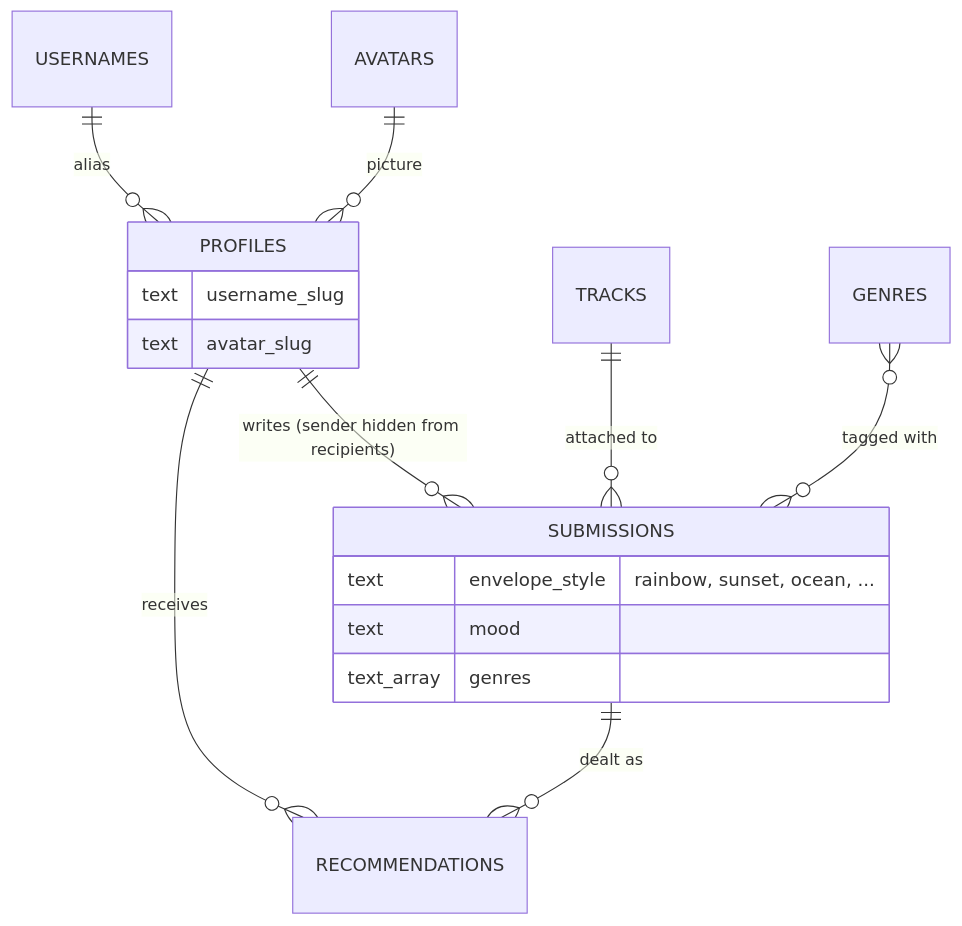
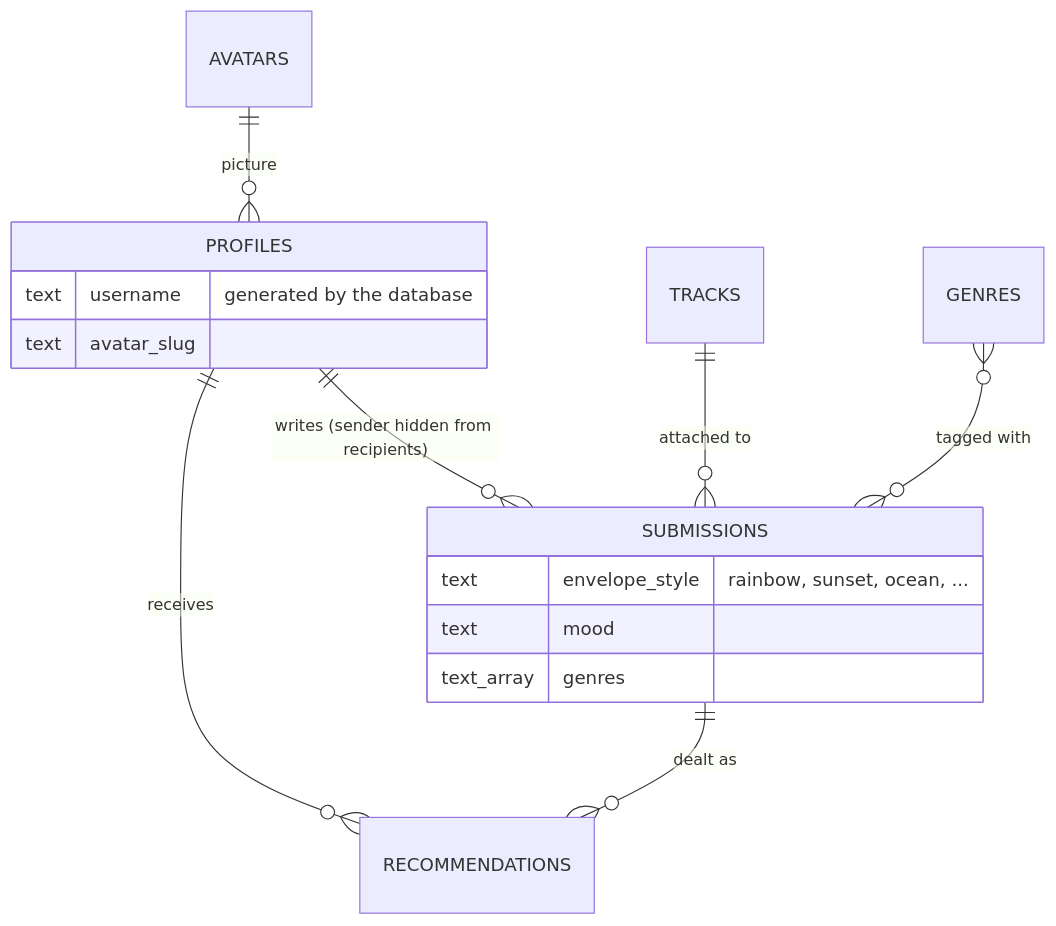
Before and after one commit to killlel/comp90018: the fourth of 4 diagrams in README.md, drawn with Mermaid. The commit also changed other lines of this file and 5 other files, not shown here.

````diff
--- a/README.md
+++ b/README.md
@@ -124,20 +124,19 @@
 ```mermaid
 erDiagram
     PROFILES ||--o{ SUBMISSIONS : "writes (sender hidden from recipients)"
     PROFILES ||--o{ RECOMMENDATIONS : "receives"
     SUBMISSIONS ||--o{ RECOMMENDATIONS : "dealt as"
     TRACKS ||--o{ SUBMISSIONS : "attached to"
-    USERNAMES ||--o{ PROFILES : "alias"
     AVATARS ||--o{ PROFILES : "picture"
     GENRES }o--o{ SUBMISSIONS : "tagged with"
 
     SUBMISSIONS {
         text envelope_style "rainbow, sunset, ocean, ..."
         text mood
         text_array genres
     }
     PROFILES {
-        text username_slug
+        text username "generated by the database"
         text avatar_slug
     }
 ```
````
